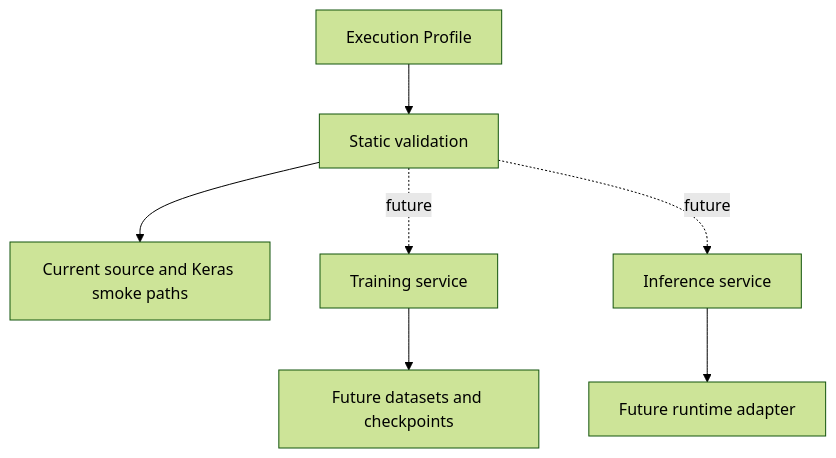
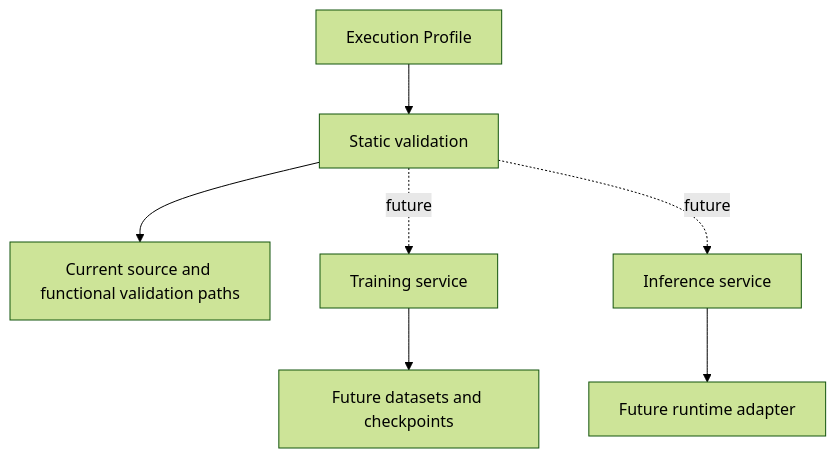
Before and after one commit to CTCycle/Neuro-Weave-Studio: the ninth of 9 diagrams in assets/docs/architecture/model_execution_profile.md, drawn with Mermaid (forest theme). The commit also changed other lines of this file and 19 other files, not shown here.

Commit message:
Reframe smoke checks as functional validation

````diff
--- a/assets/docs/architecture/model_execution_profile.md
+++ b/assets/docs/architecture/model_execution_profile.md
@@ -142,9 +142,9 @@
 ```mermaid
 flowchart TD
   P[Execution Profile] --> V[Static validation]
-  V --> C[Current source and Keras smoke paths]
+  V --> C[Current source and functional validation paths]
   V -. future .-> T[Training service]
   V -. future .-> I[Inference service]
   T --> D[Future datasets and checkpoints]
   I --> R[Future runtime adapter]
 ```
````
